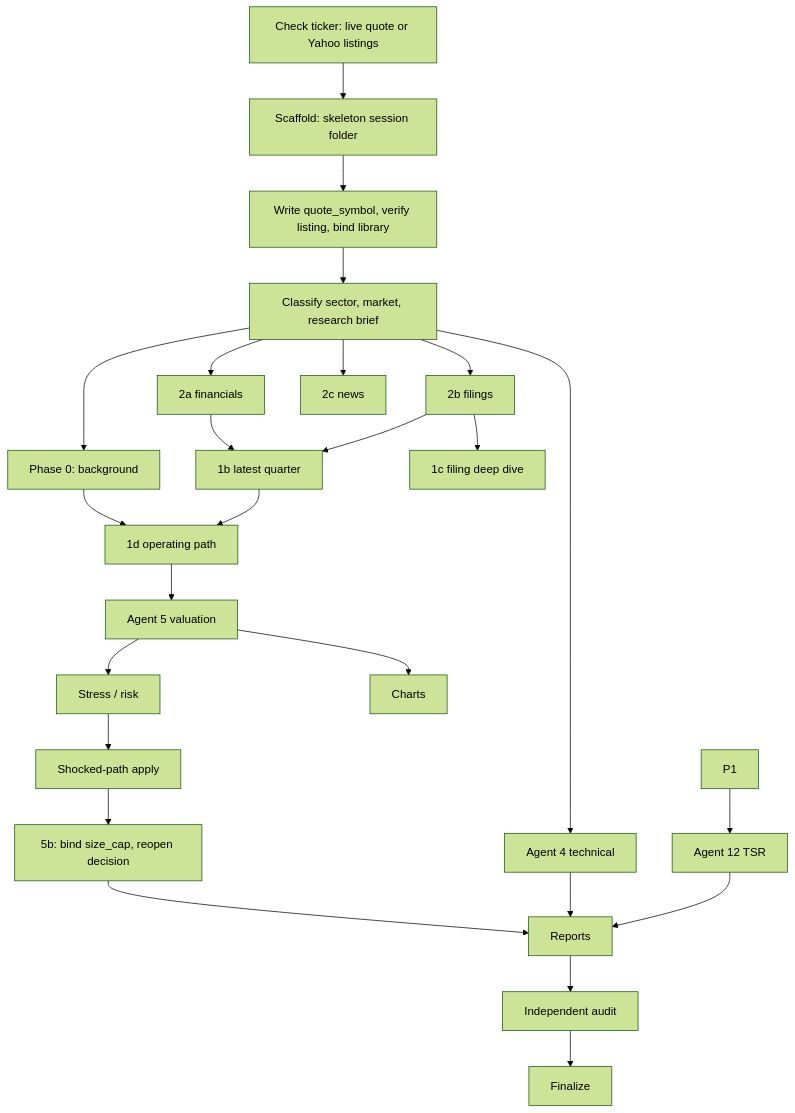
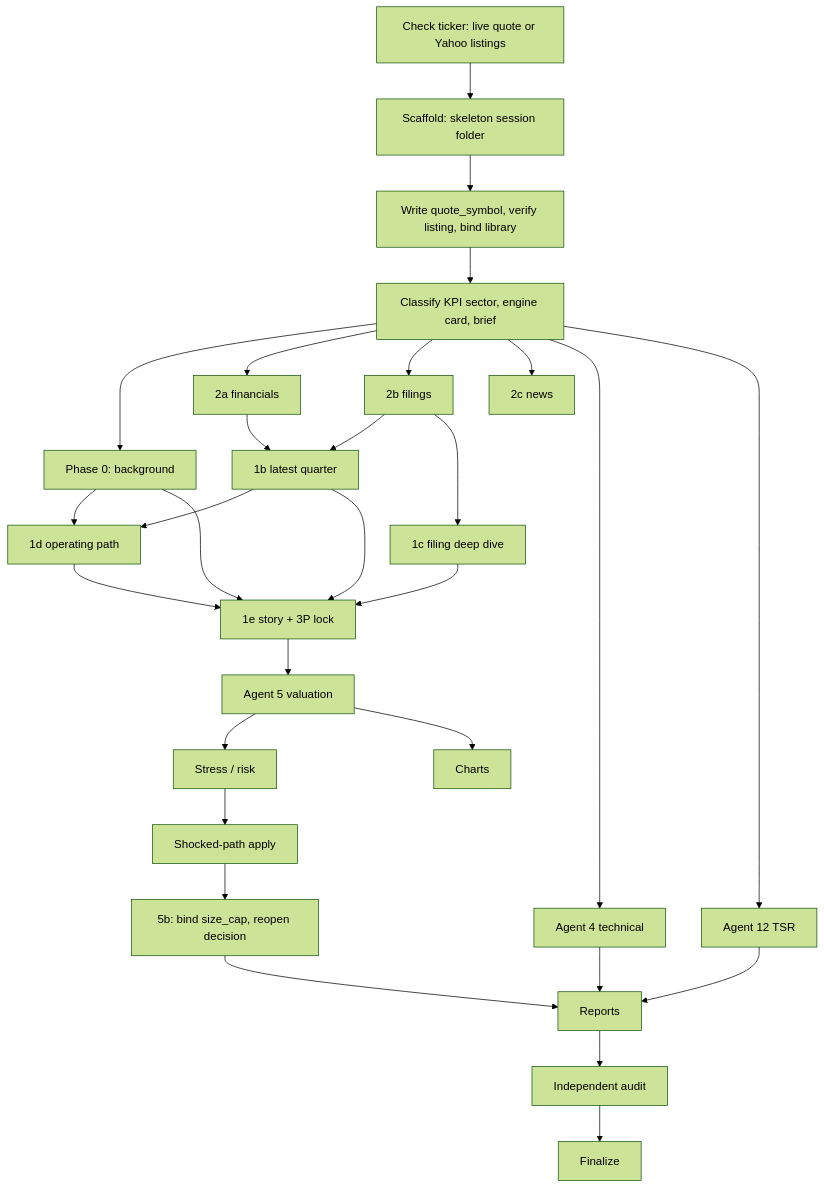
The second of 3 diagrams in ARCHITECTURE.md (hychowah/stock-analyzer), drawn with Mermaid (forest theme) before and after one commit. The commit also changed other lines of this file and 154 other files, not shown here.

First line of the commit message:
Lock story and engine identity before DCF compute

````diff
--- a/ARCHITECTURE.md
+++ b/ARCHITECTURE.md
@@ -121,27 +121,31 @@
 ```mermaid
 flowchart TD
   Check[Check ticker: live quote or Yahoo listings] --> Scaffold[Scaffold: skeleton session folder]
   Scaffold --> Stamp[Write quote_symbol, verify listing, bind library]
-  Stamp --> Classify[Classify sector, market, research brief]
+  Stamp --> Classify[Classify KPI sector, engine card, brief]
   Classify --> P0[Phase 0: background]
   Classify --> Fin[2a financials]
   Classify --> Fil[2b filings]
   Classify --> News[2c news]
   Fin --> P1b[1b latest quarter]
   Fil --> P1b
   Fil --> P1c[1c filing deep dive]
   P0 --> P1d[1d operating path]
   P1b --> P1d
-  P1d --> Val5[Agent 5 valuation]
+  P0 --> Story[1e story + 3P lock]
+  P1b --> Story
+  P1c --> Story
+  P1d --> Story
+  Story --> Val5[Agent 5 valuation]
   Classify --> Tech[Agent 4 technical]
-  P1 --> Tsr[Agent 12 TSR]
+  Classify --> Tsr[Agent 12 TSR]
   Val5 --> Stress[Stress / risk]
   Stress --> Apply[Shocked-path apply]
   Apply --> Reopen[5b: bind size_cap, reopen decision]
   Val5 --> Charts[Charts]
   Reopen --> Reports[Reports]
   Tech --> Reports
   Tsr --> Reports
   Reports --> Audit[Independent audit]
   Audit --> Final[Finalize]
 ```
````
